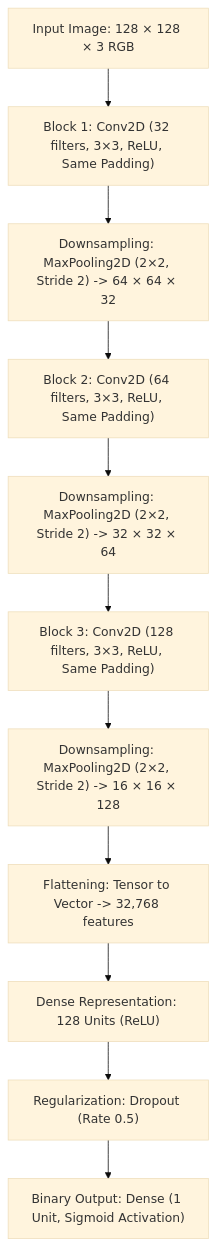
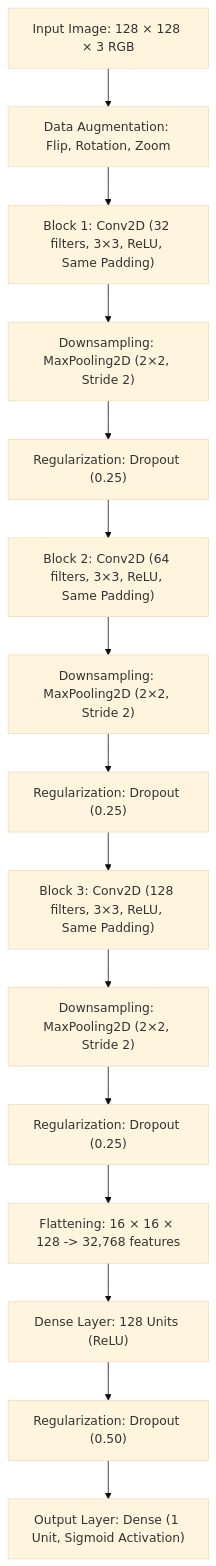
Before and after one commit to kit2824bam007-lab/Development-of-a-CNN-for-Dog-Cat-Image-Classification-Using-Three-Convolutional-Layers: the diagram in README.md, drawn with Mermaid (base theme). The commit also changed other lines of this file and 38 other files, not shown here.

````diff
--- a/README.md
+++ b/README.md
@@ -29,13 +31,17 @@
 ```mermaid
 flowchart TD
-    A["Input Image: 128 × 128 × 3 RGB"] --> B["Block 1: Conv2D (32 filters, 3×3, ReLU, Same Padding)"]
-    B --> C["Downsampling: MaxPooling2D (2×2, Stride 2) -> 64 × 64 × 32"]
-    C --> D["Block 2: Conv2D (64 filters, 3×3, ReLU, Same Padding)"]
-    D --> E["Downsampling: MaxPooling2D (2×2, Stride 2) -> 32 × 32 × 64"]
-    E --> F["Block 3: Conv2D (128 filters, 3×3, ReLU, Same Padding)"]
-    F --> G["Downsampling: MaxPooling2D (2×2, Stride 2) -> 16 × 16 × 128"]
-    G --> H["Flattening: Tensor to Vector -> 32,768 features"]
-    H --> I["Dense Representation: 128 Units (ReLU)"]
-    I --> J["Regularization: Dropout (Rate 0.5)"]
-    J --> K["Binary Output: Dense (1 Unit, Sigmoid Activation)"]
+    A["Input Image: 128 × 128 × 3 RGB"] --> B["Data Augmentation: Flip, Rotation, Zoom"]
+    B --> C["Block 1: Conv2D (32 filters, 3×3, ReLU, Same Padding)"]
+    C --> D["Downsampling: MaxPooling2D (2×2, Stride 2)"]
+    D --> E["Regularization: Dropout (0.25)"]
+    E --> F["Block 2: Conv2D (64 filters, 3×3, ReLU, Same Padding)"]
+    F --> G["Downsampling: MaxPooling2D (2×2, Stride 2)"]
+    G --> H["Regularization: Dropout (0.25)"]
+    H --> I["Block 3: Conv2D (128 filters, 3×3, ReLU, Same Padding)"]
+    I --> J["Downsampling: MaxPooling2D (2×2, Stride 2)"]
+    J --> K["Regularization: Dropout (0.25)"]
+    K --> L["Flattening: 16 × 16 × 128 -> 32,768 features"]
+    L --> M["Dense Layer: 128 Units (ReLU)"]
+    M --> N["Regularization: Dropout (0.50)"]
+    N --> O["Output Layer: Dense (1 Unit, Sigmoid Activation)"]
 ```
````
